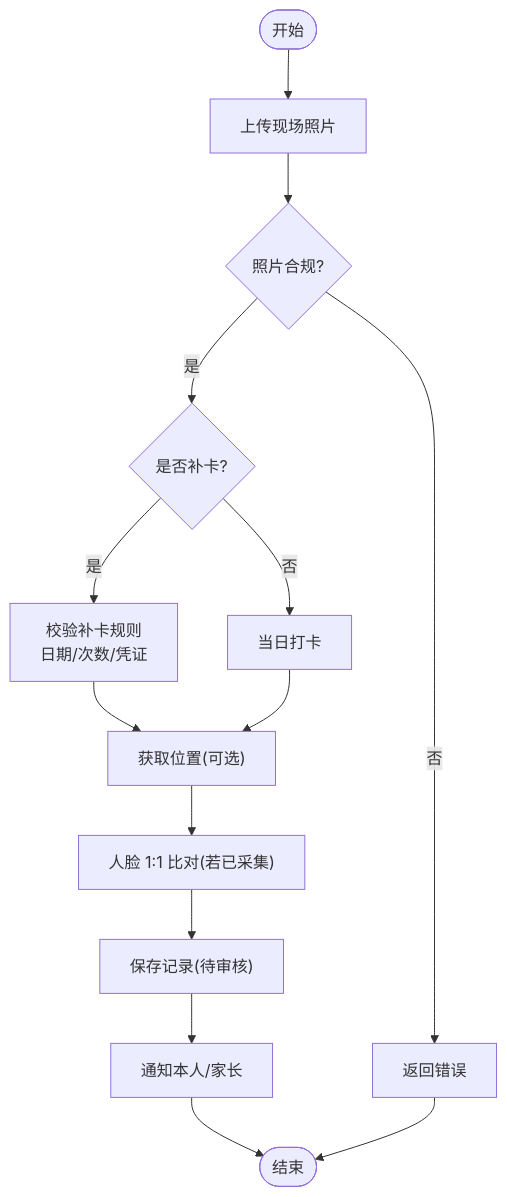
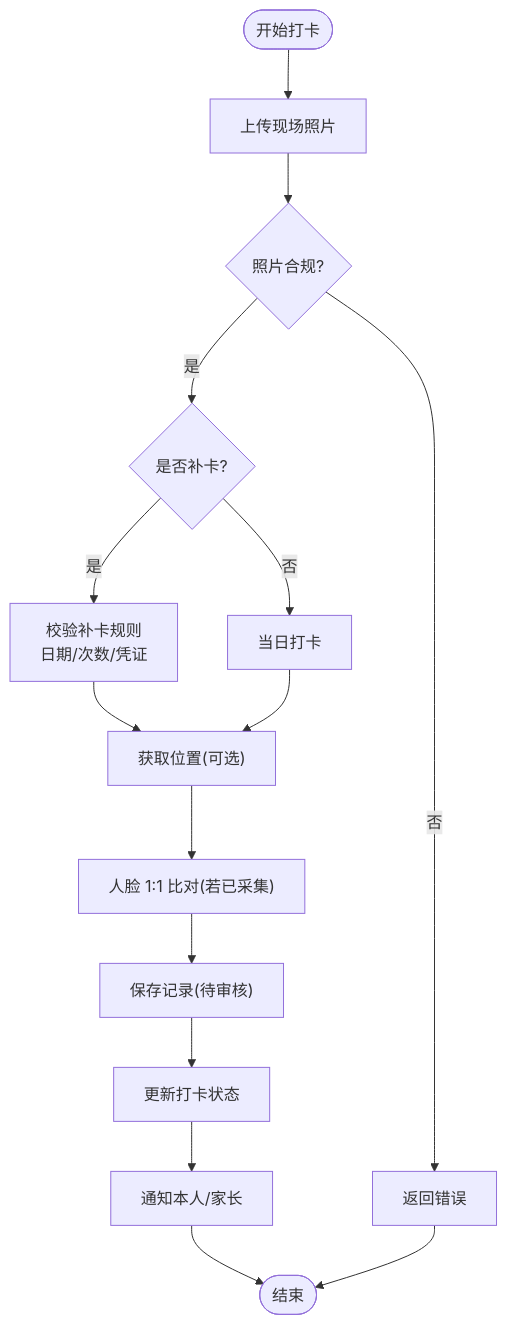
Before and after one commit to onebody/homework: the eighth of 14 diagrams in .qoder/repowiki/zh/content/暑假作业打卡系统/前端应用设计/学生端应用.md, drawn with Mermaid. The commit also changed other lines of this file and 4 other files, not shown here.

````diff
--- a/.qoder/repowiki/zh/content/暑假作业打卡系统/前端应用设计/学生端应用.md
+++ b/.qoder/repowiki/zh/content/暑假作业打卡系统/前端应用设计/学生端应用.md
@@ -379,16 +439,17 @@
 ```mermaid
 flowchart TD
-Start(["开始"]) --> Photo["上传现场照片"]
+Start(["开始打卡"]) --> Photo["上传现场照片"]
 Photo --> Valid{"照片合规?"}
 Valid -- 否 --> ErrPhoto["返回错误"]
 Valid -- 是 --> Type{"是否补卡?"}
 Type -- 是 --> Makeup["校验补卡规则<br/>日期/次数/凭证"]
 Type -- 否 --> Normal["当日打卡"]
 Makeup --> Geo["获取位置(可选)"]
 Normal --> Geo
 Geo --> Face["人脸 1:1 比对(若已采集)"]
 Face --> Save["保存记录(待审核)"]
-Save --> Notify["通知本人/家长"]
+Save --> UpdateStatus["更新打卡状态"]
+UpdateStatus --> Notify["通知本人/家长"]
 Notify --> End(["结束"])
 ErrPhoto --> End
 ```
````
